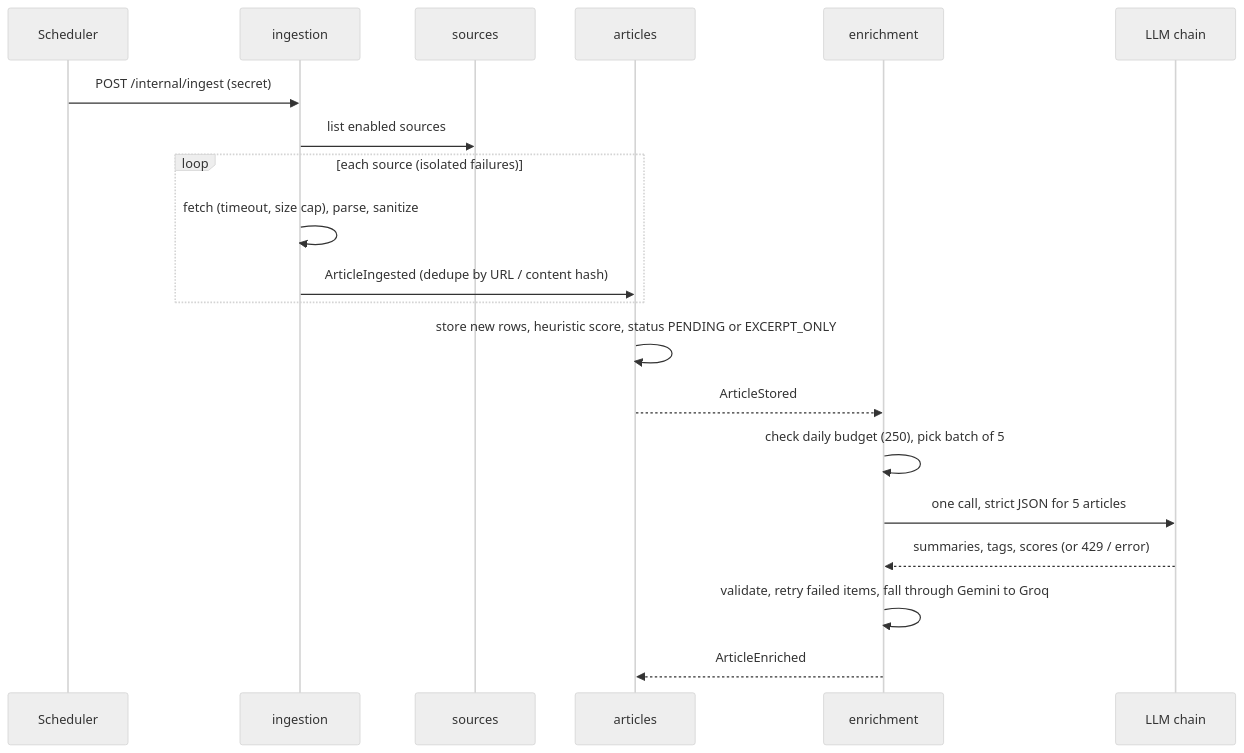
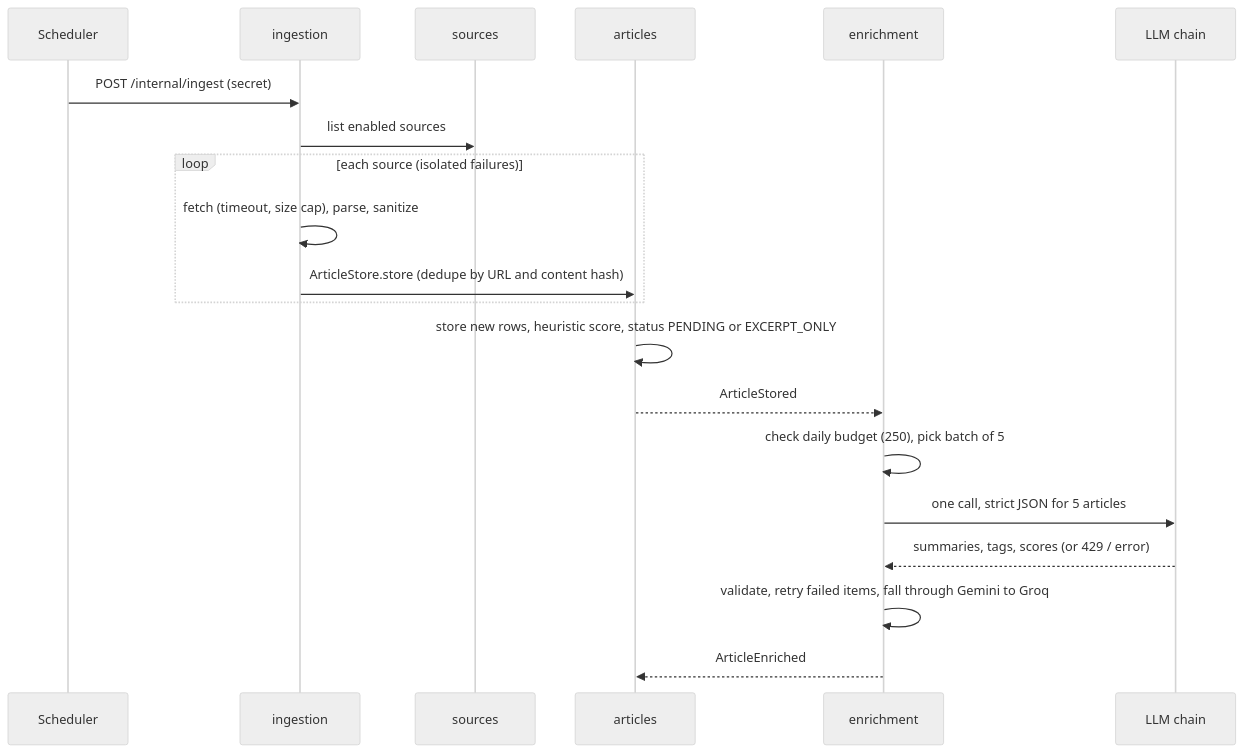
The third of 5 diagrams in docs/ARCHITECTURE.md (Balajibn64/intell-hub), drawn with Mermaid (neutral theme) before and after one commit. The commit also changed other lines of this file and 78 other files, not shown here.

````diff
--- a/docs/ARCHITECTURE.md
+++ b/docs/ARCHITECTURE.md
@@ -53,23 +53,23 @@
 ```mermaid
 sequenceDiagram
     participant C as Scheduler
     participant I as ingestion
     participant S as sources
     participant A as articles
     participant E as enrichment
     participant L as LLM chain
 
     C->>I: POST /internal/ingest (secret)
     I->>S: list enabled sources
     loop each source (isolated failures)
         I->>I: fetch (timeout, size cap), parse, sanitize
-        I->>A: ArticleIngested (dedupe by URL / content hash)
+        I->>A: ArticleStore.store (dedupe by URL and content hash)
     end
     A->>A: store new rows, heuristic score, status PENDING or EXCERPT_ONLY
     A-->>E: ArticleStored
     E->>E: check daily budget (250), pick batch of 5
     E->>L: one call, strict JSON for 5 articles
     L-->>E: summaries, tags, scores (or 429 / error)
     E->>E: validate, retry failed items, fall through Gemini to Groq
     E-->>A: ArticleEnriched
 ```
````
